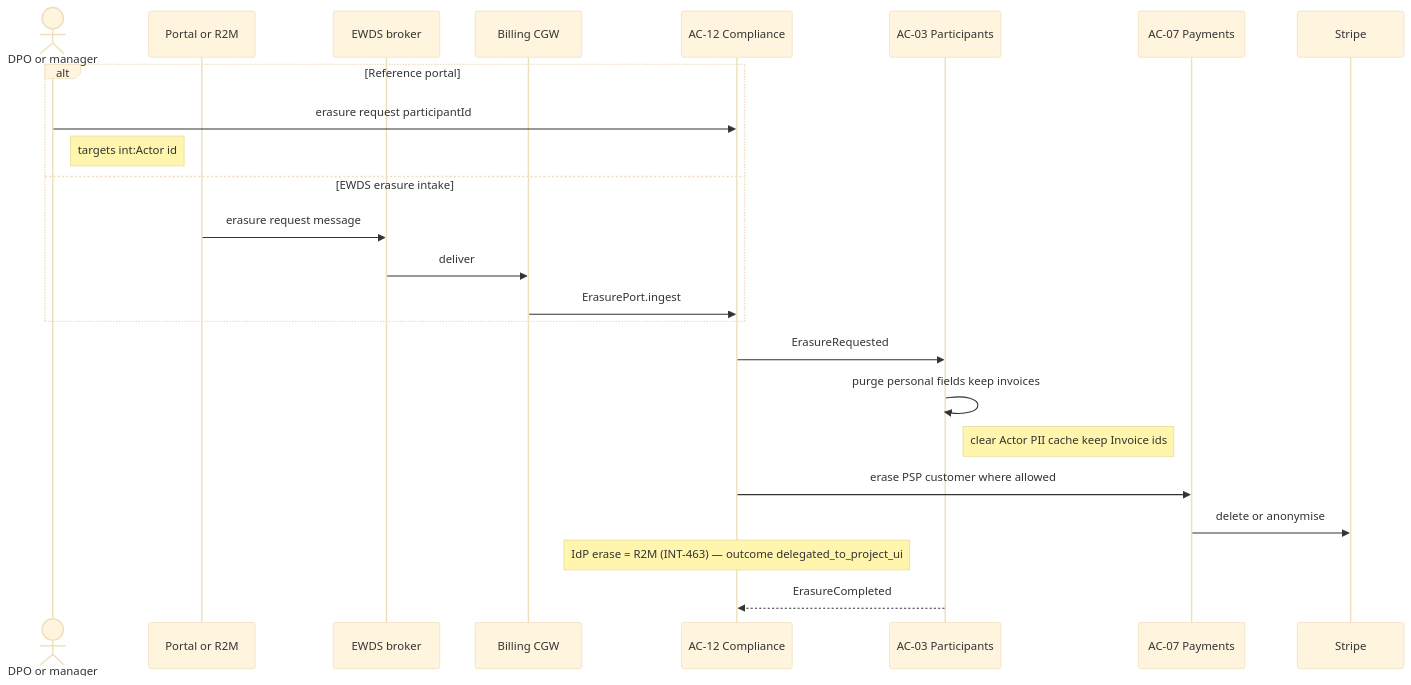
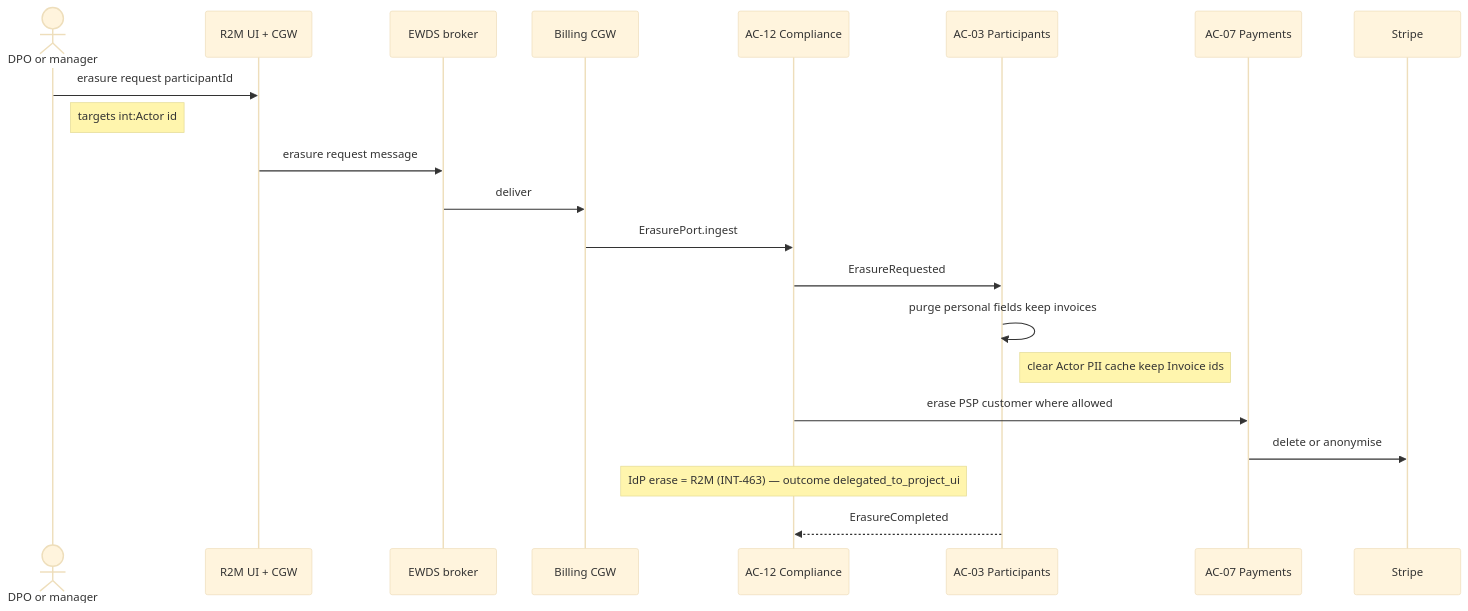
Diagram 12 of 14 in docs/architecture/07-scenario-flows.md (blooo-io/intelligent-eu-bps-source), drawn with Mermaid (base theme) before and after one commit. The commit also changed other lines of this file, not shown here.

Commit message:
docs(INT-472): S12 erasure is EWDS-only (drop Reference portal) (#250)
Align 07-scenario-flows S12 with D5.5 Annex B / INT-455: R2M → EWDS →
Billing CGW → AC-12; remove alt Reference portal and Portal lifeline.

````diff
--- a/docs/architecture/07-scenario-flows.md
+++ b/docs/architecture/07-scenario-flows.md
@@ -440,26 +440,23 @@
 ```mermaid
 sequenceDiagram
   actor DPO as DPO or manager
-  participant Portal as Portal or R2M
+  participant R2M as R2M UI + CGW
   participant EWDS as EWDS broker
   participant CGW as Billing CGW
   participant AC12 as AC-12 Compliance
   participant AC03 as AC-03 Participants
   participant AC07 as AC-07 Payments
   participant Stripe as Stripe
-  alt Reference portal
-    DPO->>AC12: erasure request participantId
-    Note right of DPO: targets int:Actor id
-  else EWDS erasure intake
-    Portal->>EWDS: erasure request message
-    EWDS->>CGW: deliver
-    CGW->>AC12: ErasurePort.ingest
-  end
+  DPO->>R2M: erasure request participantId
+  Note right of DPO: targets int:Actor id
+  R2M->>EWDS: erasure request message
+  EWDS->>CGW: deliver
+  CGW->>AC12: ErasurePort.ingest
   AC12->>AC03: ErasureRequested
   AC03->>AC03: purge personal fields keep invoices
   Note right of AC03: clear Actor PII cache keep Invoice ids
   AC12->>AC07: erase PSP customer where allowed
   AC07->>Stripe: delete or anonymise
   Note over AC12: IdP erase = R2M (INT-463) — outcome delegated_to_project_ui
   AC03-->>AC12: ErasureCompleted
 ```
````
